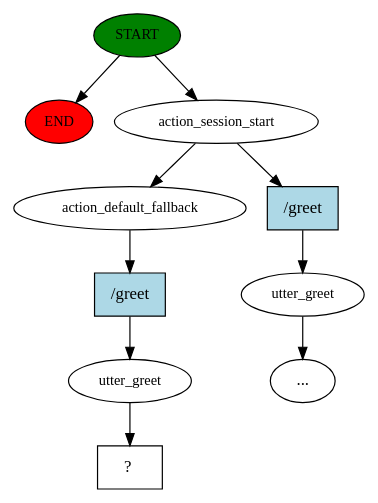
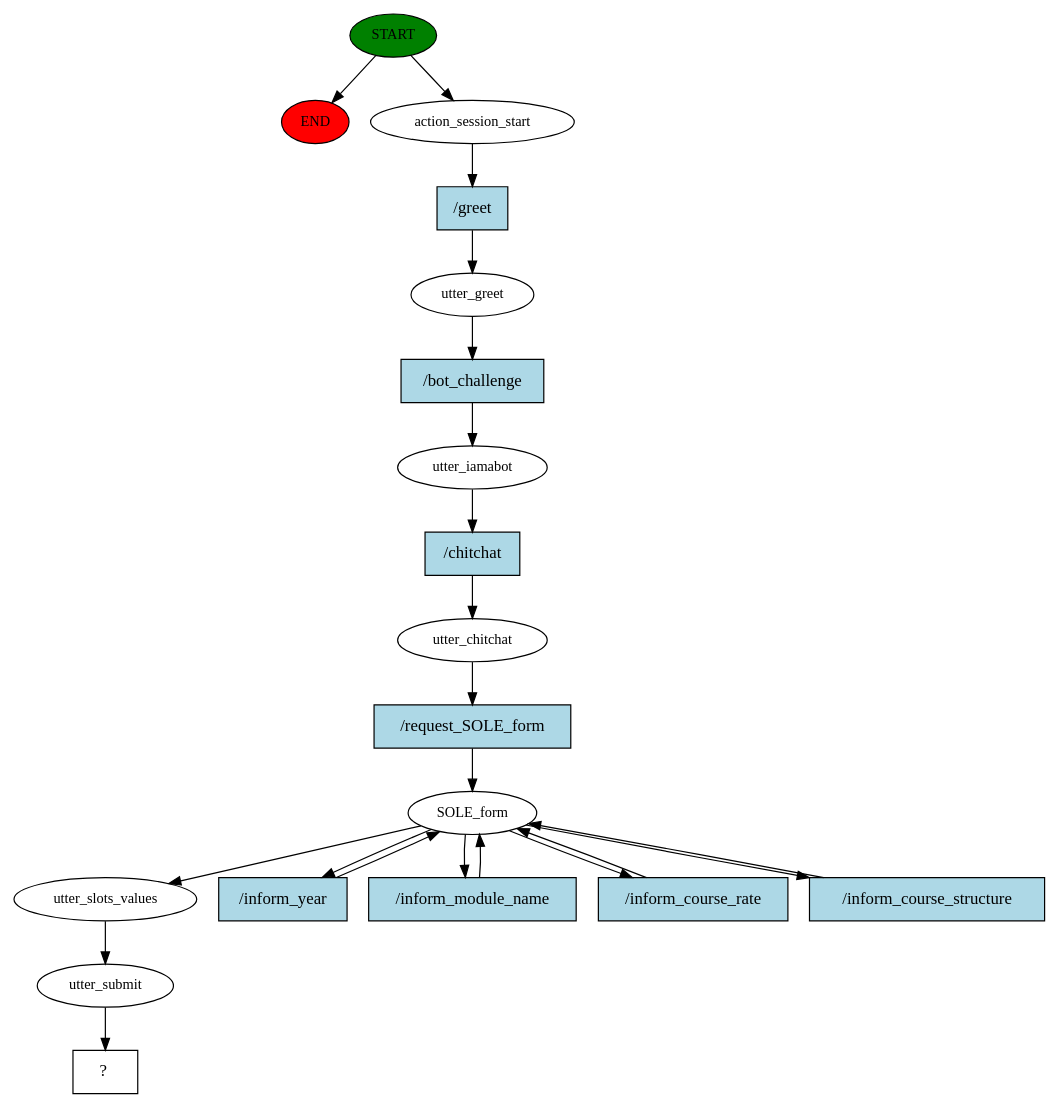
One commit to hkl19/Rasa-Surveybot1 changed the diagram in FYP/story_graph.dot. Above: the diagram before and after it, drawn with Graphviz. The commit also changed 6 other files, not shown here.

```diff
--- a/FYP/story_graph.dot
+++ b/FYP/story_graph.dot
@@ -1,21 +1,41 @@
 digraph  {
 0 [class="start active", fillcolor=green, fontsize=12, label=START, style=filled];
 "-1" [class=end, fillcolor=red, fontsize=12, label=END, style=filled];
 1 [class=active, fontsize=12, label=action_session_start];
-2 [class="", fontsize=12, label=utter_greet];
-"-3" [class=ellipsis, label="..."];
-4 [class=active, fontsize=12, label=action_default_fallback];
-5 [class=active, fontsize=12, label=utter_greet];
-6 [class="intent dashed active", label="  ?  ", shape=rect];
-7 [class=intent, fillcolor=lightblue, label="/greet", shape=rect, style=filled];
-8 [class="intent active", fillcolor=lightblue, label="/greet", shape=rect, style=filled];
+2 [class=active, fontsize=12, label=utter_greet];
+3 [class=active, fontsize=12, label=utter_iamabot];
+4 [class=active, fontsize=12, label=utter_chitchat];
+5 [class=active, fontsize=12, label=SOLE_form];
+10 [class=active, fontsize=12, label=utter_slots_values];
+11 [class=active, fontsize=12, label=utter_submit];
+12 [class="intent dashed active", label="  ?  ", shape=rect];
+13 [class="intent active", fillcolor=lightblue, label="/greet", shape=rect, style=filled];
+14 [class="intent active", fillcolor=lightblue, label="/bot_challenge", shape=rect, style=filled];
+15 [class="intent active", fillcolor=lightblue, label="/chitchat", shape=rect, style=filled];
+16 [class="intent active", fillcolor=lightblue, label="/request_SOLE_form", shape=rect, style=filled];
+17 [class="intent active", fillcolor=lightblue, label="/inform_year", shape=rect, style=filled];
+18 [class="intent active", fillcolor=lightblue, label="/inform_module_name", shape=rect, style=filled];
+19 [class="intent active", fillcolor=lightblue, label="/inform_course_rate", shape=rect, style=filled];
+20 [class="intent active", fillcolor=lightblue, label="/inform_course_structure", shape=rect, style=filled];
 0 -> "-1"  [class="", key=NONE, label=""];
 0 -> 1  [class=active, key=NONE, label=""];
-1 -> 4  [class=active, key=NONE, label=""];
-1 -> 7  [class="", key=0];
-2 -> "-3"  [class="", key=NONE, label=""];
-4 -> 8  [class=active, key=0];
-5 -> 6  [class=active, key=NONE, label=""];
-7 -> 2  [class="", key=0];
-8 -> 5  [class=active, key=0];
+1 -> 13  [class=active, key=0];
+2 -> 14  [class=active, key=0];
+3 -> 15  [class=active, key=0];
+4 -> 16  [class=active, key=0];
+5 -> 10  [class=active, key=NONE, label=""];
+5 -> 17  [class=active, key=0];
+5 -> 18  [class=active, key=0];
+5 -> 19  [class=active, key=0];
+5 -> 20  [class=active, key=0];
+10 -> 11  [class=active, key=NONE, label=""];
+11 -> 12  [class=active, key=NONE, label=""];
+13 -> 2  [class=active, key=0];
+14 -> 3  [class=active, key=0];
+15 -> 4  [class=active, key=0];
+16 -> 5  [class=active, key=0];
+17 -> 5  [class=active, key=0];
+18 -> 5  [class=active, key=0];
+19 -> 5  [class=active, key=0];
+20 -> 5  [class=active, key=0];
 }
```
